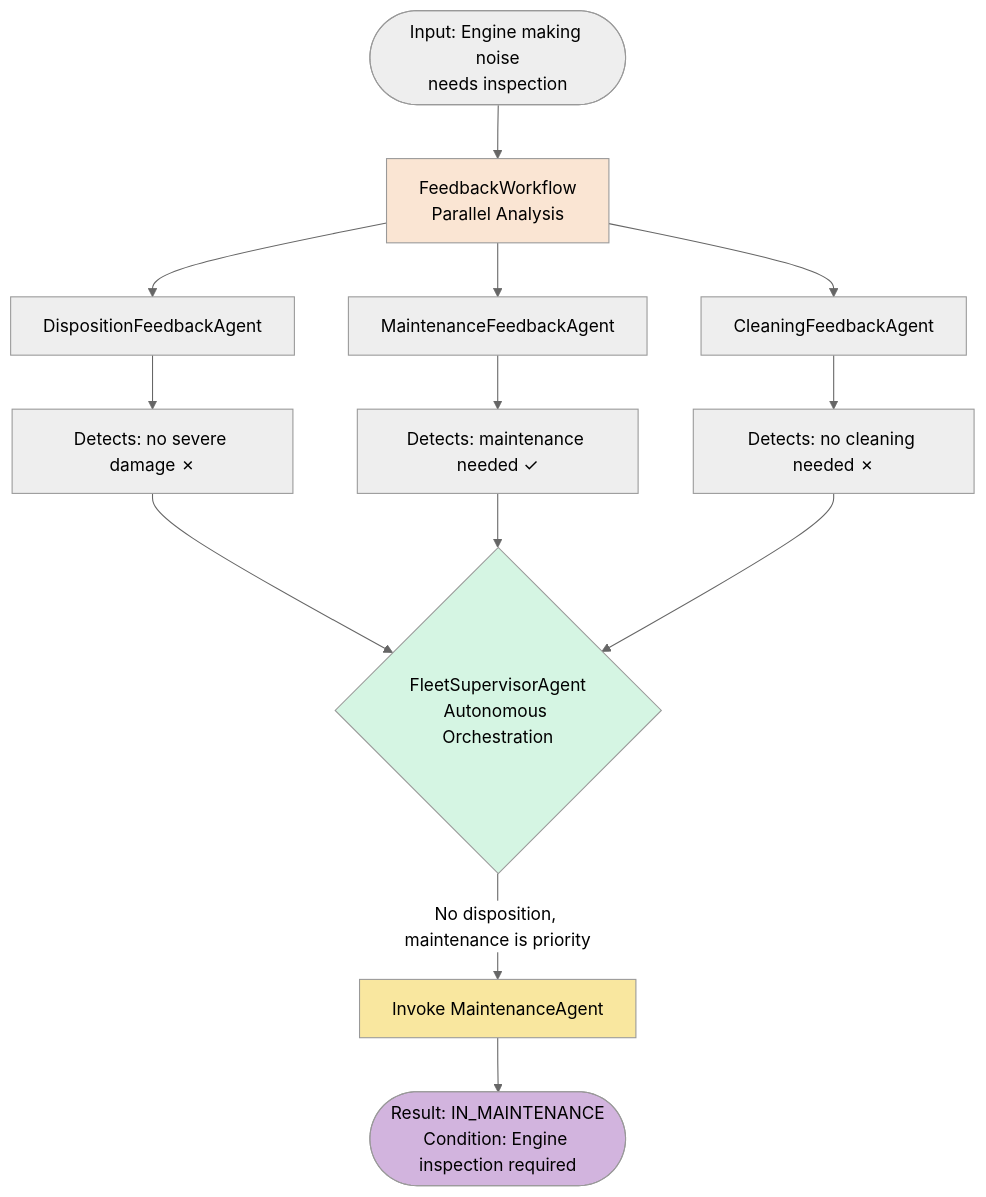
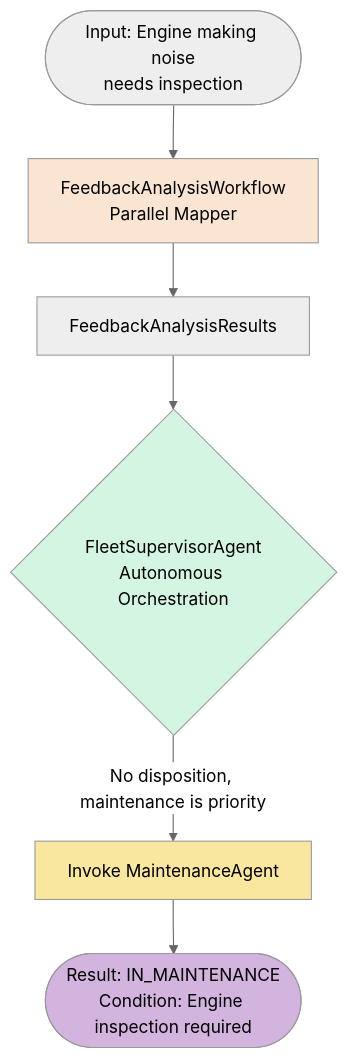
Before and after one commit to quarkusio/quarkus-workshop-langchain4j: the fourth of 5 diagrams in docs/docs/section-2/step-04.md, drawn with Mermaid (neutral theme). The commit also changed other lines of this file and 63 other files, not shown here.

First line of the commit message:
WIP: create single analysis agent with multiple parameters (#281)

````diff
--- a/docs/docs/section-2/step-04.md
+++ b/docs/docs/section-2/step-04.md
@@ -475,26 +547,16 @@
 ```mermaid
 flowchart TD
     Start([Input: Engine making noise<br/>needs inspection])
-    
-    Start --> FW[FeedbackWorkflow<br/>Parallel Analysis]
-    
-    FW --> DFA[DispositionFeedbackAgent]
-    FW --> MFA[MaintenanceFeedbackAgent]
-    FW --> CFA[CleaningFeedbackAgent]
-    
-    DFA --> DR[Detects: no severe damage ✗]
-    MFA --> MR[Detects: maintenance needed ✓]
-    CFA --> CR[Detects: no cleaning needed ✗]
-    
-    DR --> FSA{FleetSupervisorAgent<br/>Autonomous Orchestration}
-    MR --> FSA
-    CR --> FSA
-    
+
+    Start --> FW[FeedbackAnalysisWorkflow<br/>Parallel Mapper]
+    FW --> Results[FeedbackAnalysisResults]
+    Results --> FSA{FleetSupervisorAgent<br/>Autonomous Orchestration}
+
     FSA -->|No disposition, maintenance is priority| MA[Invoke MaintenanceAgent]
     MA --> Result([Result: IN_MAINTENANCE<br/>Condition: Engine inspection required])
-    
+
     style FW fill:#FAE5D3
     style FSA fill:#D5F5E3
     style MA fill:#F9E79F
     style Result fill:#D2B4DE
 ```
````
